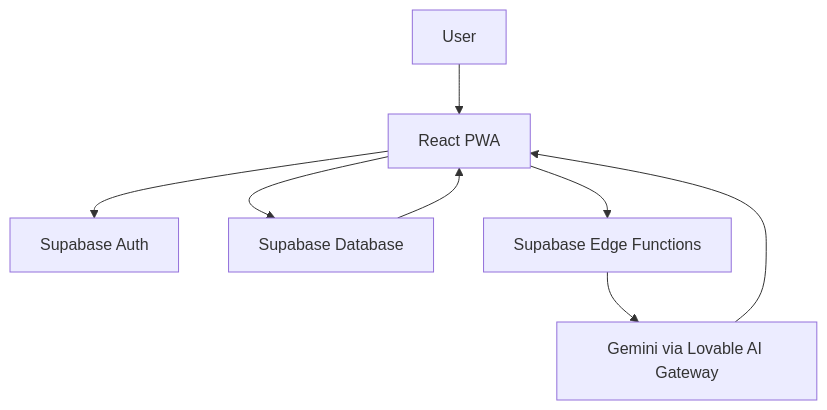
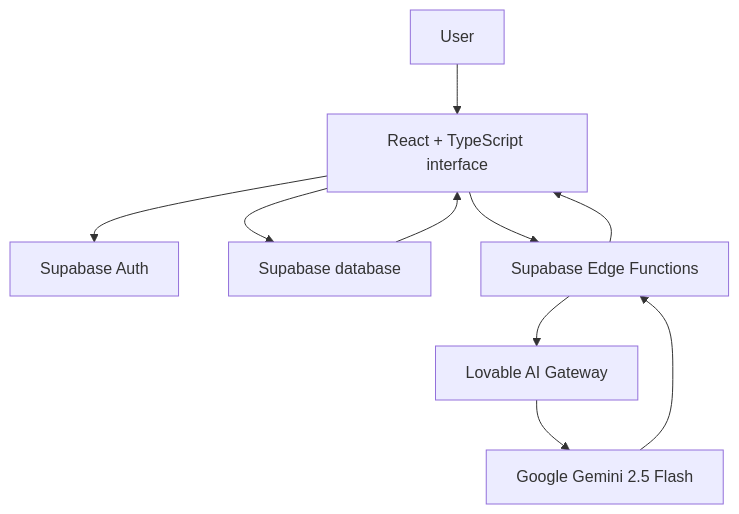
One commit to SujalRevankar/AthleTech-Heart-Safe-Fitness-Assitant changed the diagram in README.md. Above: the diagram before and after it, drawn with Mermaid. The commit also changed other lines of this file, not shown here.

Commit message:
docs: expand project README with architecture and usage

````diff
--- a/README.md
+++ b/README.md
@@ -16,10 +16,12 @@
 ```mermaid
 flowchart TD
-  U[User] --> UI[React PWA]
-  UI --> AUTH[Supabase Auth]
-  UI --> DB[Supabase Database]
-  UI --> FN[Supabase Edge Functions]
-  FN --> AI[Gemini via Lovable AI Gateway]
-  DB --> UI
-  AI --> UI
+  U[User] --> WEB[React + TypeScript interface]
+  WEB --> AUTH[Supabase Auth]
+  WEB --> DB[Supabase database]
+  WEB --> FN[Supabase Edge Functions]
+  FN --> GW[Lovable AI Gateway]
+  GW --> GEM[Google Gemini 2.5 Flash]
+  GEM --> FN
+  FN --> WEB
+  DB --> WEB
 ```
````
